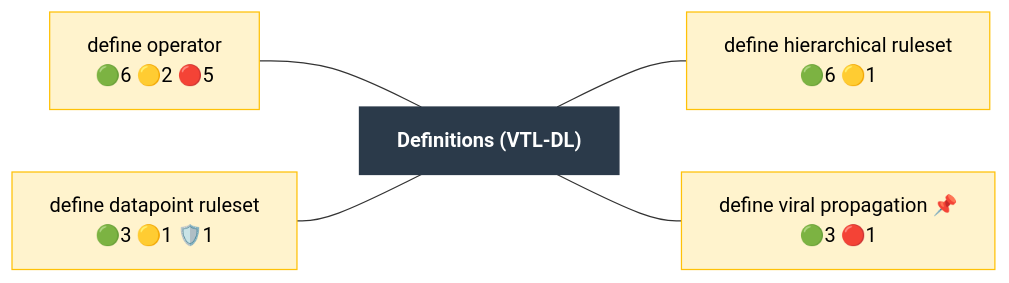
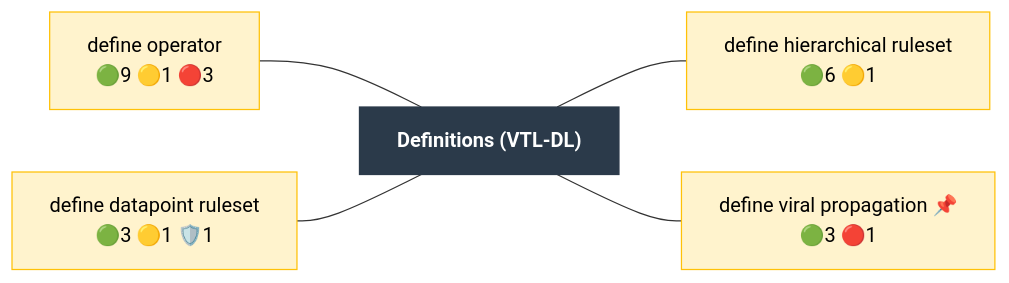
Before and after one commit to Meaningful-Data/vtlengine: the diagram in docs/operator_map/definitions/index.rst, drawn with Mermaid. The commit also changed other lines of this file and 161 other files, not shown here.

```diff
--- a/docs/operator_map/definitions/index.rst
+++ b/docs/operator_map/definitions/index.rst
@@ -17,24 +17,24 @@
 .. mermaid::
    :config: {"flowchart": {"useMaxWidth": false}}
 
    flowchart LR
        classDef ok fill:#d4edda,stroke:#28a745,color:#000
        classDef partial fill:#fff3cd,stroke:#ffc107,color:#000
        classDef refused fill:#d4edda,stroke:#28a745,stroke-width:3px,stroke-dasharray: 2 2,color:#000
        classDef missing fill:#f8d7da,stroke:#dc3545,color:#000
        classDef diverge fill:#cce5ff,stroke:#007bff,color:#000
        classDef block fill:#2b3a4a,stroke:#2b3a4a,color:#fff,font-weight:bold
        classDef ext fill:#fff,stroke:#666,color:#000,stroke-dasharray: 5 5
        B["Definitions (VTL-DL)"]:::block
-       definitions__define_operator["define operator<br/>🟢6 🟡2 🔴5"]:::partial
+       definitions__define_operator["define operator<br/>🟢9 🟡1 🔴3"]:::partial
        definitions__define_datapoint_ruleset["define datapoint ruleset<br/>🟢3 🟡1 🛡️1"]:::partial
        definitions__define_hierarchical_ruleset["define hierarchical ruleset<br/>🟢6 🟡1"]:::partial
        definitions__define_viral_propagation["define viral propagation 📌<br/>🟢3 🔴1"]:::partial
        definitions__define_operator --- B
        definitions__define_datapoint_ruleset --- B
        B --- definitions__define_hierarchical_ruleset
        B --- definitions__define_viral_propagation
        click definitions__define_operator href "define_operator.html"
        click definitions__define_datapoint_ruleset href "define_datapoint_ruleset.html"
        click definitions__define_hierarchical_ruleset href "define_hierarchical_ruleset.html"
        click definitions__define_viral_propagation href "define_viral_propagation.html"
```
